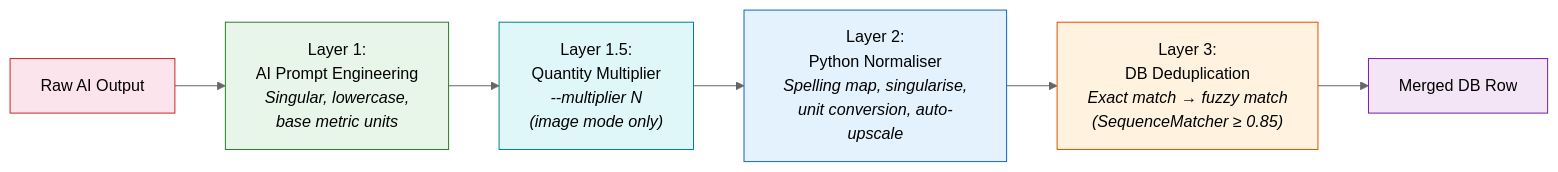
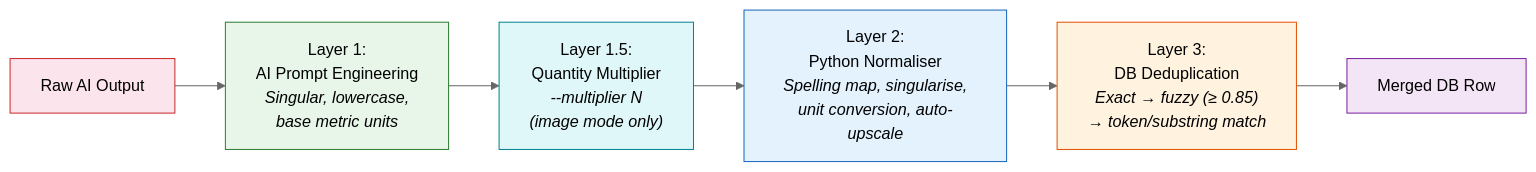
Before and after one commit to yathinz/Green_Tech: the seventh of 7 diagrams in eco-pulse/README.md, drawn with Mermaid (neutral theme). The commit also changed other lines of this file and 5 other files, not shown here.

````diff
--- a/eco-pulse/README.md
+++ b/eco-pulse/README.md
@@ -528,15 +528,15 @@
 ```mermaid
 graph LR
     INPUT["Raw AI Output"] --> L1["Layer 1:<br/>AI Prompt Engineering<br/><i>Singular, lowercase,<br/>base metric units</i>"]
     L1 --> L15["Layer 1.5:<br/>Quantity Multiplier<br/><i>--multiplier N<br/>(image mode only)</i>"]
     L15 --> L2["Layer 2:<br/>Python Normaliser<br/><i>Spelling map, singularise,<br/>unit conversion, auto-upscale</i>"]
-    L2 --> L3["Layer 3:<br/>DB Deduplication<br/><i>Exact match → fuzzy match<br/>(SequenceMatcher ≥ 0.85)</i>"]
+    L2 --> L3["Layer 3:<br/>DB Deduplication<br/><i>Exact → fuzzy (≥ 0.85)<br/>→ token/substring match</i>"]
     L3 --> DB["Merged DB Row"]
 
     style INPUT fill:#fce4ec,stroke:#c62828,color:#000
     style L1 fill:#e8f5e9,stroke:#2e7d32,color:#000
     style L15 fill:#e0f7fa,stroke:#00838f,color:#000
     style L2 fill:#e3f2fd,stroke:#1565c0,color:#000
     style L3 fill:#fff3e0,stroke:#e65100,color:#000
     style DB fill:#f3e5f5,stroke:#7b1fa2,color:#000
 ```
````
